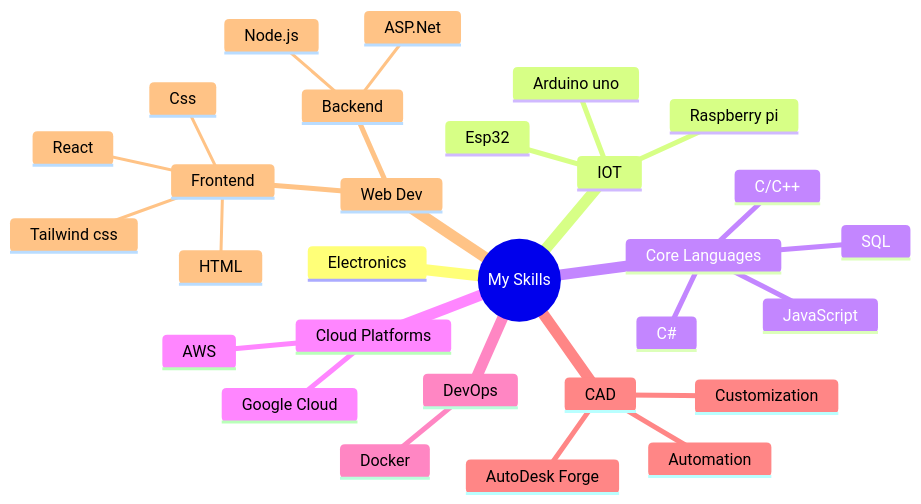
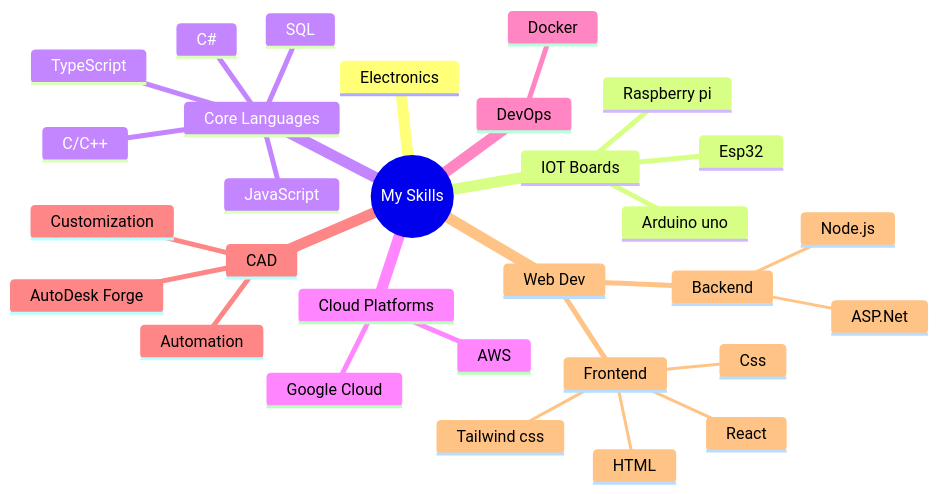
One commit to Ankan5960/Ankan5960 changed the diagram in README.md. Above: the diagram before and after it, drawn with Mermaid.

````diff
--- a/README.md
+++ b/README.md
@@ -30,32 +30,33 @@
 ```mermaid
 mindmap
   root((My Skills))
     Electronics
-    IOT
+    IOT Boards
       Esp32
       Arduino uno
       Raspberry pi
     Core Languages
       C/C++
+      TypeScript
       JavaScript
       C#
       SQL
     Cloud Platforms
       AWS
       Google Cloud
     DevOps
       Docker
     CAD
       Customization
       Automation
       AutoDesk Forge
     Web Dev
       Frontend
         React
         HTML
         Css
         Tailwind css
       Backend
         ASP.Net
         Node.js
 ```
````
